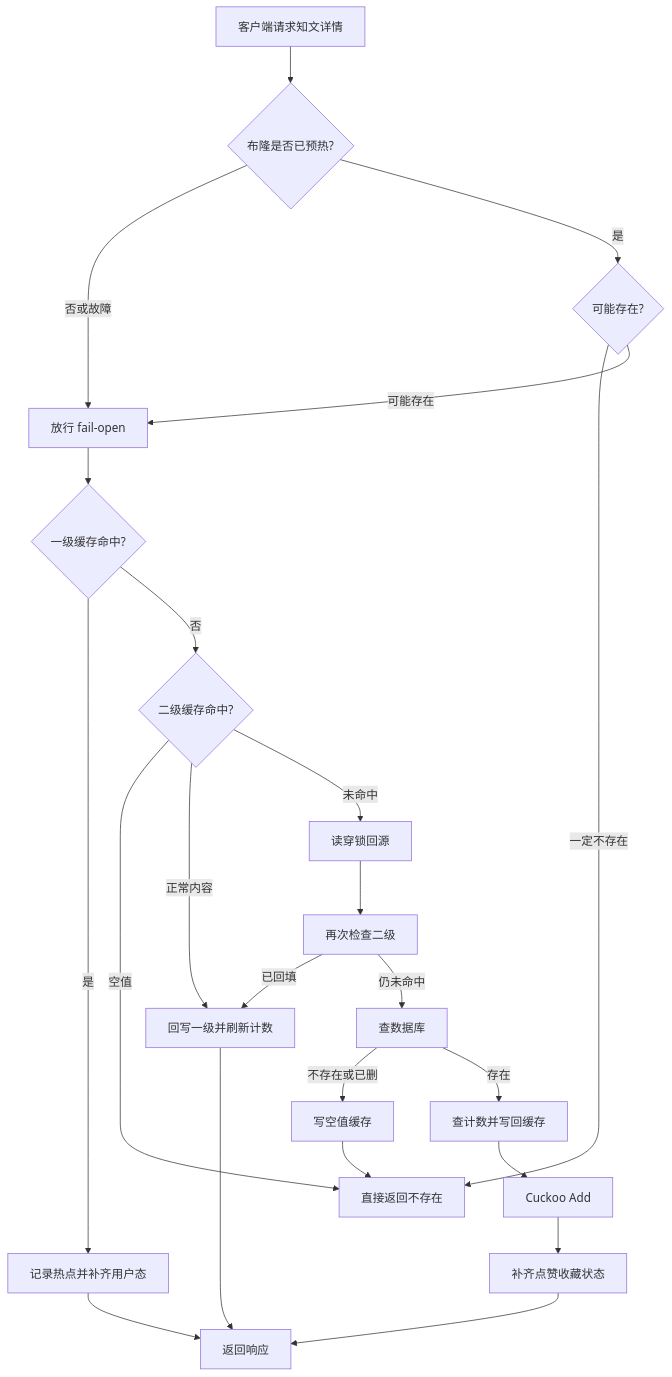
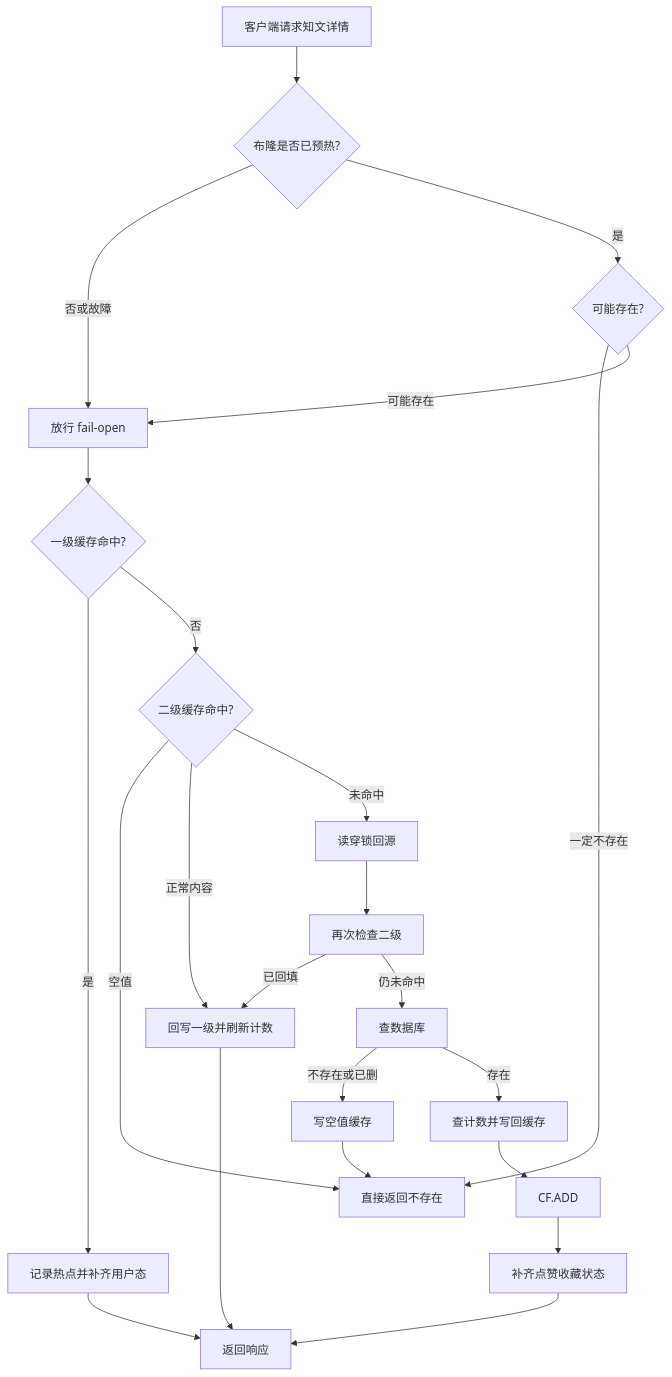
One commit to bitladykiller/zhiguang_go changed the first of 9 diagrams in docs/modules/04-知文内容缓存与Feed模块.md. Above: the diagram before and after it, drawn with Mermaid. The commit also changed other lines of this file and 12 other files, not shown here.

````diff
--- a/docs/modules/04-知文内容缓存与Feed模块.md
+++ b/docs/modules/04-知文内容缓存与Feed模块.md
@@ -512,25 +519,25 @@
 ```mermaid
 flowchart TD
     A[客户端请求知文详情] --> B{布隆是否已预热?}
     B -->|否或故障| C[放行 fail-open]
     B -->|是| D{可能存在?}
     D -->|一定不存在| E[直接返回不存在]
     D -->|可能存在| C
     C --> F{一级缓存命中?}
     F -->|是| G[记录热点并补齐用户态]
     F -->|否| H{二级缓存命中?}
     H -->|空值| E
     H -->|正常内容| I[回写一级并刷新计数]
     H -->|未命中| J[读穿锁回源]
     J --> K[再次检查二级]
     K -->|已回填| I
     K -->|仍未命中| L[查数据库]
     L -->|不存在或已删| M[写空值缓存]
     M --> E
     L -->|存在| N[查计数并写回缓存]
-    N --> O[Cuckoo Add]
+    N --> O[CF.ADD]
     O --> P[补齐点赞收藏状态]
     G --> Q[返回响应]
     I --> Q
     P --> Q
 ```
````
